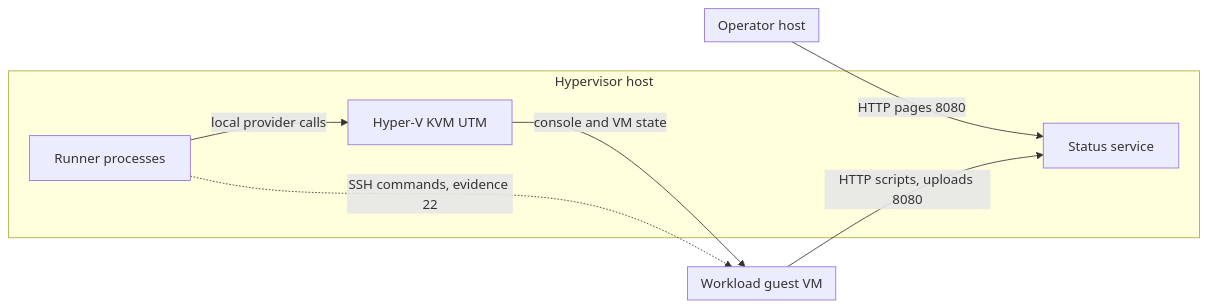
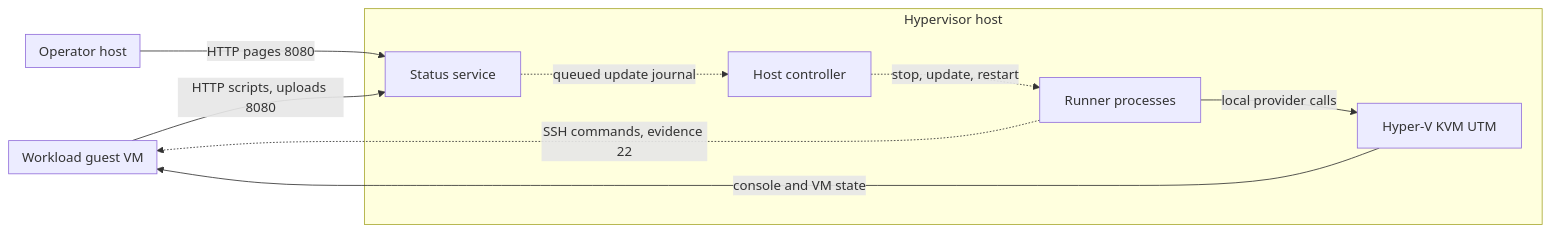
The first of 11 diagrams in docs/design/06-deployment.md (alissonsol/yuruna), drawn with Mermaid before and after one commit. The commit also changed other lines of this file and 1676 other files, not shown here.

````diff
--- a/docs/design/06-deployment.md
+++ b/docs/design/06-deployment.md
@@ -14,18 +14,22 @@
 ```mermaid
 flowchart LR
     subgraph operator-host["Operator host"]
     end
     subgraph host["Hypervisor host"]
         start-test-runner-ps1["Runner processes"]
         yuruna-host-psm1["Hyper-V KVM UTM"]
         start-status-service-ps1["Status service"]
+        yuruna-host-controller-service["Host controller"]
     end
     subgraph guest["Workload guest VM"]
     end
     operator-host -->|HTTP pages 8080| start-status-service-ps1
     start-test-runner-ps1 -->|local provider calls| yuruna-host-psm1
     yuruna-host-psm1 -->|console and VM state| guest
-    %% optional: SSH sequences, GUI launcher probes, and guest evidence capture.
+    %% optional: SSH sequences, page-step browser tunnels, GUI launcher probes, and guest evidence capture.
     start-test-runner-ps1 -.->|SSH commands, evidence 22| guest
     guest -->|HTTP scripts, uploads 8080| start-status-service-ps1
+    %% optional: a host runs the host controller once Enable-TestAutomation has set it up (on macOS, after a runner start).
+    start-status-service-ps1 -.->|queued update journal| yuruna-host-controller-service
+    yuruna-host-controller-service -.->|stop, update, restart| start-test-runner-ps1
 ```
````
